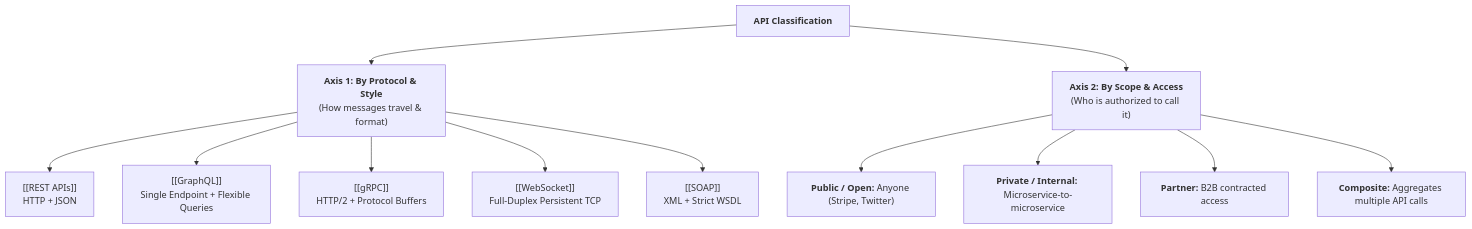
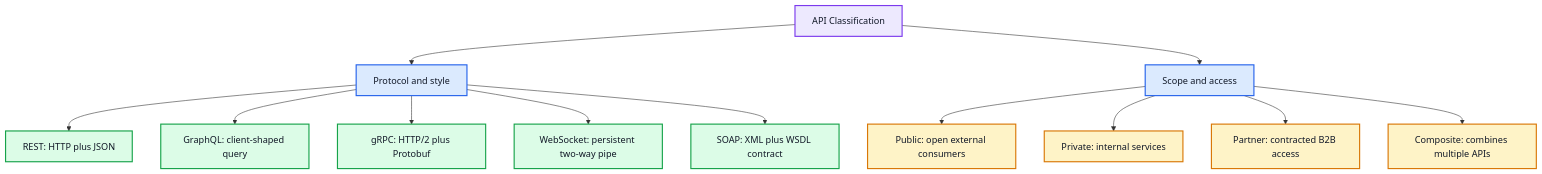
The second of 4 diagrams in Computer Science/Web Development/APIs/API.md (Aryan107rn/Obsidian_Second_Brain), drawn with Mermaid before and after one commit. The commit also changed other lines of this file and 37 other files, not shown here.

````diff
--- a/Computer Science/Web Development/APIs/API.md
+++ b/Computer Science/Web Development/APIs/API.md
@@ -53,17 +57,26 @@
 ```mermaid
 flowchart TD
-    API["<b>API Classification</b>"]
-    API --> P["<b>Axis 1: By Protocol & Style</b><br/>(How messages travel & format)"]
-    API --> S["<b>Axis 2: By Scope & Access</b><br/>(Who is authorized to call it)"]
+    Root["API Classification"]
+    Root --> Protocol["Protocol and style"]
+    Root --> Access["Scope and access"]
 
-    P --> REST["[[REST APIs]]<br/>HTTP + JSON"]
-    P --> GQL["[[GraphQL]]<br/>Single Endpoint + Flexible Queries"]
-    P --> GRPC["[[gRPC]]<br/>HTTP/2 + Protocol Buffers"]
-    P --> WS["[[WebSocket]]<br/>Full-Duplex Persistent TCP"]
-    P --> SOAP["[[SOAP]]<br/>XML + Strict WSDL"]
+    Protocol --> REST["REST: HTTP plus JSON"]
+    Protocol --> GQL["GraphQL: client-shaped query"]
+    Protocol --> GRPC["gRPC: HTTP/2 plus Protobuf"]
+    Protocol --> WS["WebSocket: persistent two-way pipe"]
+    Protocol --> SOAP["SOAP: XML plus WSDL contract"]
 
-    S --> Pub["<b>Public / Open:</b> Anyone (Stripe, Twitter)"]
-    S --> Priv["<b>Private / Internal:</b> Microservice-to-microservice"]
-    S --> Part["<b>Partner:</b> B2B contracted access"]
-    S --> Comp["<b>Composite:</b> Aggregates multiple API calls"]
+    Access --> Pub["Public: open external consumers"]
+    Access --> Priv["Private: internal services"]
+    Access --> Part["Partner: contracted B2B access"]
+    Access --> Comp["Composite: combines multiple APIs"]
+
+    classDef root fill:#EDE9FE,stroke:#7C3AED,color:#111827,stroke-width:2px
+    classDef axis fill:#DBEAFE,stroke:#2563EB,color:#111827,stroke-width:2px
+    classDef proto fill:#DCFCE7,stroke:#16A34A,color:#111827,stroke-width:2px
+    classDef access fill:#FEF3C7,stroke:#D97706,color:#111827,stroke-width:2px
+    class Root root
+    class Protocol,Access axis
+    class REST,GQL,GRPC,WS,SOAP proto
+    class Pub,Priv,Part,Comp access
 ```
````
